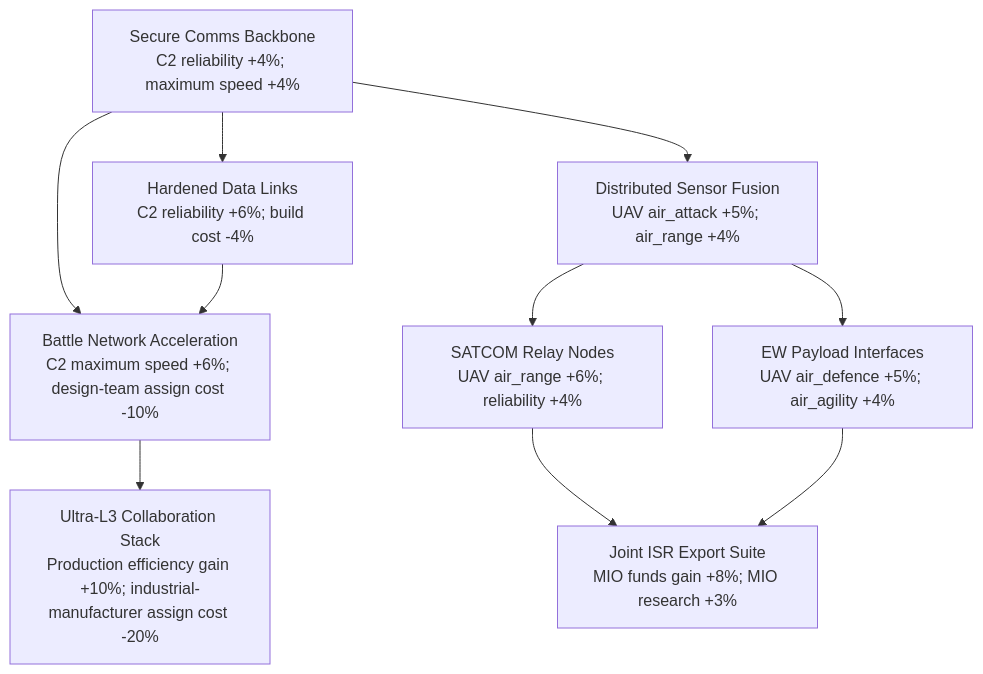
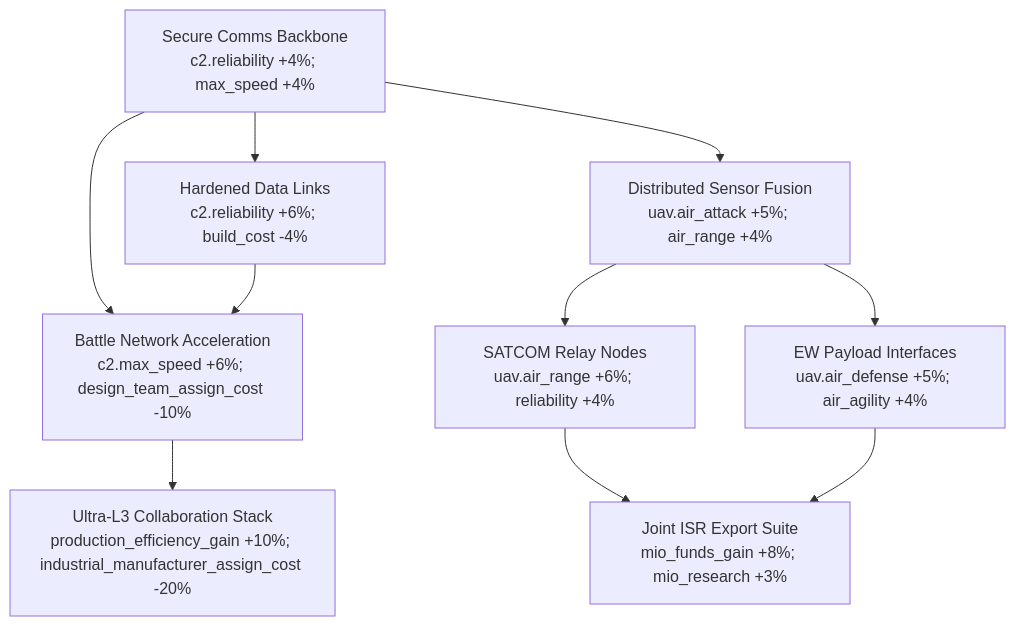
The seventh of 9 diagrams in docs/countries/canada/mio.md (MillenniumDawn/Millennium-Dawn), drawn with Mermaid before and after one commit. The commit also changed other lines of this file, not shown here.

Commit message:
MIO cleanup

````diff
--- a/docs/countries/canada/mio.md
+++ b/docs/countries/canada/mio.md
@@ -301,21 +299,21 @@
 ```mermaid
 flowchart TD
-    L0["Secure Comms Backbone<br/>C2 reliability +4%; maximum speed +4%"]
-    L1["Hardened Data Links<br/>C2 reliability +6%; build cost -4%"]
-    L2["Distributed Sensor Fusion<br/>UAV air_attack +5%; air_range +4%"]
-    L3["SATCOM Relay Nodes<br/>UAV air_range +6%; reliability +4%"]
-    L4["EW Payload Interfaces<br/>UAV air_defence +5%; air_agility +4%"]
-    L5["Battle Network Acceleration<br/>C2 maximum speed +6%; design-team assign cost -10%"]
-    L6["Joint ISR Export Suite<br/>MIO funds gain +8%; MIO research +3%"]
-    L7["Ultra-L3 Collaboration Stack<br/>Production efficiency gain +10%; industrial-manufacturer assign cost -20%"]
+    L0["Secure Comms Backbone<br/>c2.reliability +4%; max_speed +4%"]
+    L1["Hardened Data Links<br/>c2.reliability +6%; build_cost -4%"]
+    L2["Distributed Sensor Fusion<br/>uav.air_attack +5%; air_range +4%"]
+    L3["SATCOM Relay Nodes<br/>uav.air_range +6%; reliability +4%"]
+    L4["EW Payload Interfaces<br/>uav.air_defense +5%; air_agility +4%"]
+    L5["Battle Network Acceleration<br/>c2.max_speed +6%; design_team_assign_cost -10%"]
+    L6["Joint ISR Export Suite<br/>mio_funds_gain +8%; mio_research +3%"]
+    L7["Ultra-L3 Collaboration Stack<br/>production_efficiency_gain +10%; industrial_manufacturer_assign_cost -20%"]
 
     L0 --> L1
     L0 --> L2
     L0 --> L5
     L2 --> L3
     L2 --> L4
     L1 --> L5
     L3 --> L6
     L4 --> L6
     L5 --> L7
 ```
````
